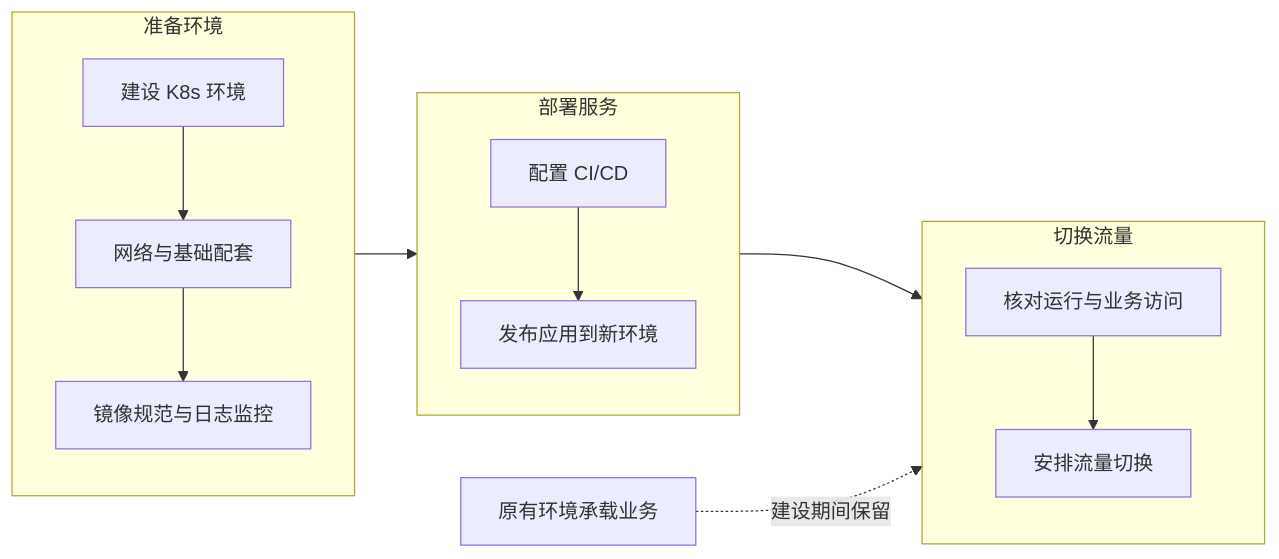
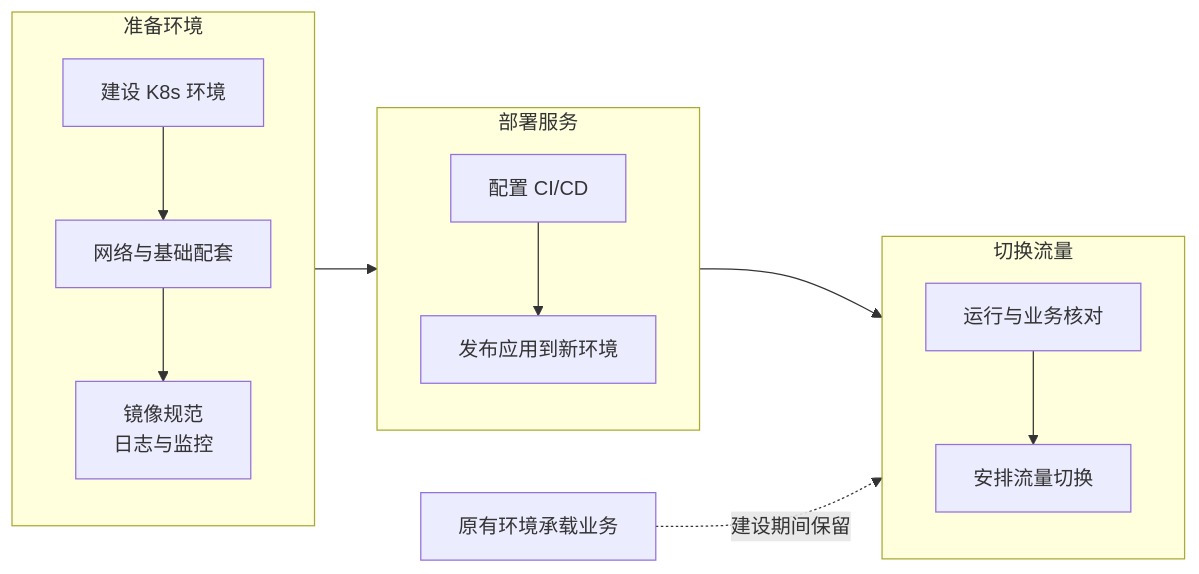
Before and after one commit to cytlabs/personal-site: the first of 3 diagrams in content/cases/kubernetes-platform.md, drawn with Mermaid. The commit also changed 8 other files, not shown here.

Commit message:
完善图表阅读顺序与语义换行

````diff
--- a/content/cases/kubernetes-platform.md
+++ b/content/cases/kubernetes-platform.md
@@ -19,17 +19,17 @@
 ```mermaid
 flowchart LR
     subgraph ENV["准备环境"]
         direction TB
-        A["建设 K8s 环境"] --> B["网络与基础配套"] --> C["镜像规范与日志监控"]
+        A["建设 K8s 环境"] --> B["网络与基础配套"] --> C["镜像规范<br/>日志与监控"]
     end
     subgraph DEPLOY["部署服务"]
         direction TB
         D["配置 CI/CD"] --> E["发布应用到新环境"]
     end
     subgraph SWITCH["切换流量"]
         direction TB
-        F["核对运行与业务访问"] --> G["安排流量切换"]
+        F["运行与业务核对"] --> G["安排流量切换"]
     end
     ENV --> DEPLOY --> SWITCH
     O["原有环境承载业务"] -.->|建设期间保留| SWITCH
 ```
````
